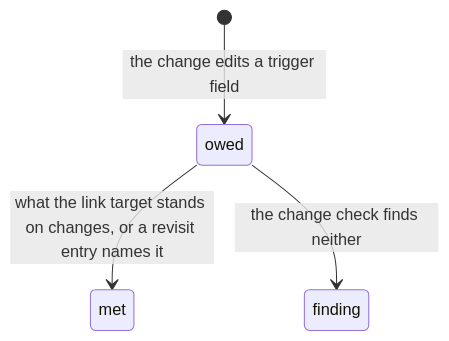
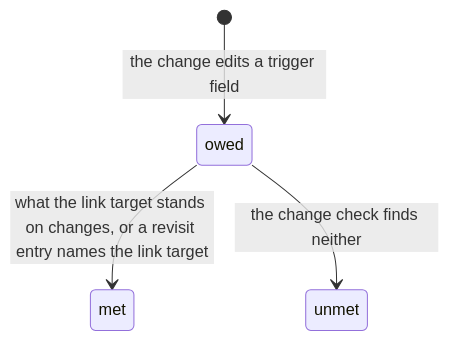
One commit to aleskalfas/project-kit changed the third of 3 diagrams in tech-docs/analysis/core/domain-model/070-artefacts-and-friction.md. Above: the diagram before and after it, drawn with Mermaid. The commit also changed other lines of this file and 1 other file, not shown here.

First line of the commit message:
docs(analysis): the new terms' text names the noun each pronoun stood for

````diff
--- a/tech-docs/analysis/core/domain-model/070-artefacts-and-friction.md
+++ b/tech-docs/analysis/core/domain-model/070-artefacts-and-friction.md
@@ -445,8 +445,8 @@
 ```mermaid
 stateDiagram-v2
   accTitle: The states of a revisit
-  accDescr: A change that edits a trigger field owes a revisit of a link target. A change to what the link target stands on, or a revisit entry the change wrote, meets it. With neither, the change check reports it as a finding.
+  accDescr: A change that edits a trigger field owes a revisit of a link target. A change to what the link target stands on, or a revisit entry the change wrote, meets the revisit. With neither, the revisit stays unmet, and the change check reports the link target as a finding.
   [*] --> owed : the change edits a trigger field
-  owed --> met : what the link target stands on changes, or a revisit entry names it
-  owed --> finding : the change check finds neither
+  owed --> met : what the link target stands on changes, or a revisit entry names the link target
+  owed --> unmet : the change check finds neither
 ```
````
